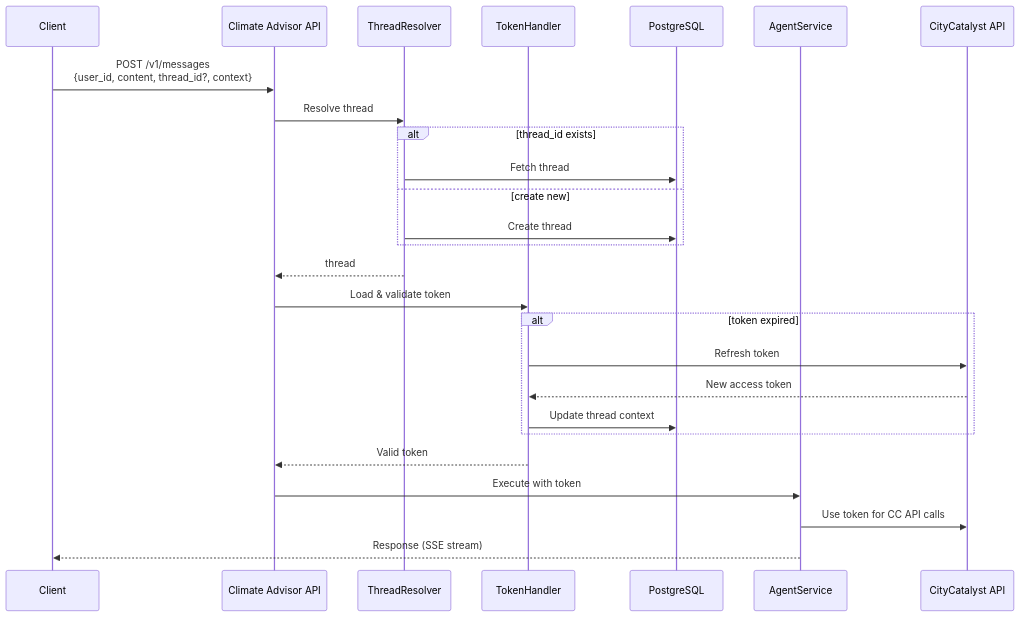
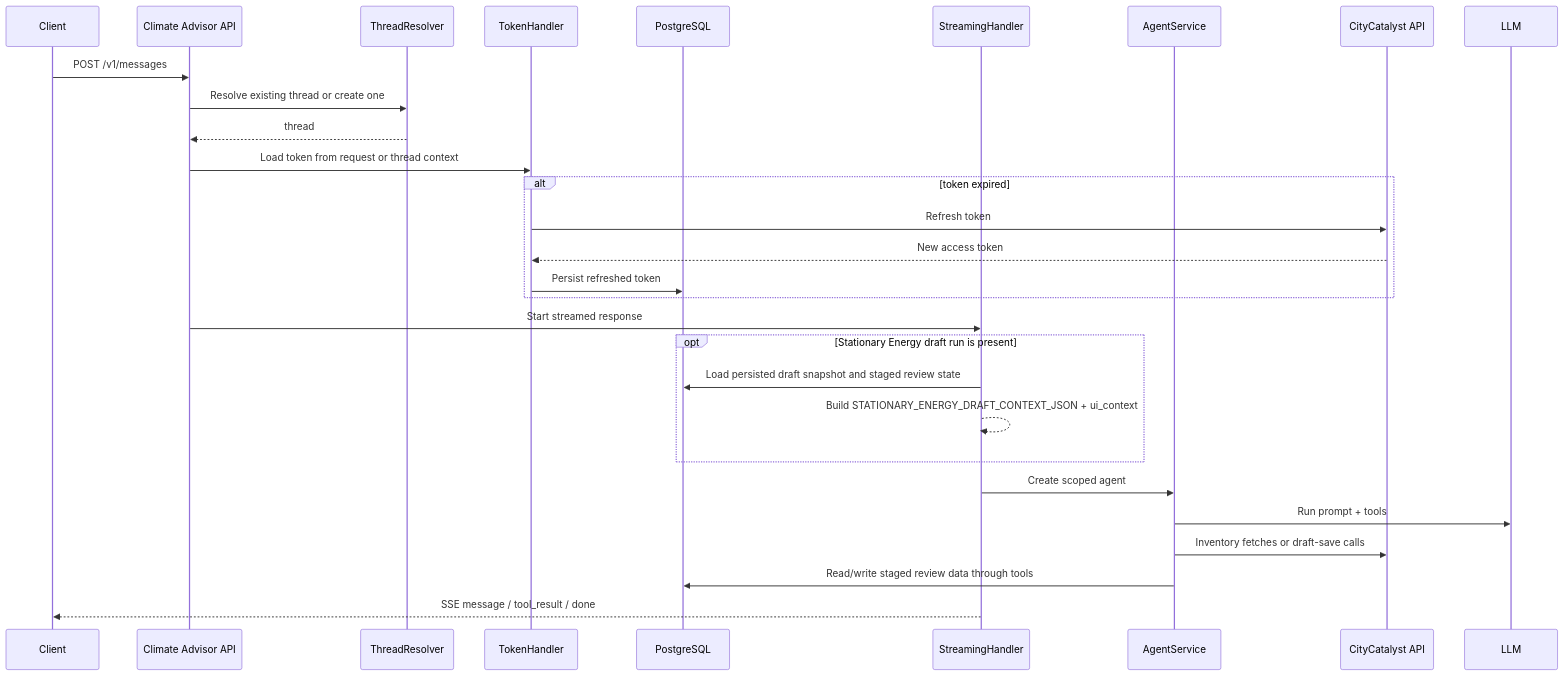
One commit to Open-Earth-Foundation/CityCatalyst changed the second of 3 diagrams in climate-advisor/docs/architecture.md. Above: the diagram before and after it, drawn with Mermaid. The commit also changed other lines of this file and 32 other files, not shown here.

Commit message:
Make stationary energy drafts deterministic

````diff
--- a/climate-advisor/docs/architecture.md
+++ b/climate-advisor/docs/architecture.md
@@ -44,32 +51,34 @@
 ```mermaid
 sequenceDiagram
     participant Client
     participant API as Climate Advisor API
     participant Thread as ThreadResolver
     participant Token as TokenHandler
     participant DB as PostgreSQL
+    participant Stream as StreamingHandler
     participant Agent as AgentService
     participant CC as CityCatalyst API
 
-    Client->>API: POST /v1/messages<br/>{user_id, content, thread_id?, context}
-
-    API->>Thread: Resolve thread
-    alt thread_id exists
-        Thread->>DB: Fetch thread
-    else create new
-        Thread->>DB: Create thread
-    end
+    Client->>API: POST /v1/messages
+    API->>Thread: Resolve existing thread or create one
     Thread-->>API: thread
 
-    API->>Token: Load & validate token
+    API->>Token: Load token from request or thread context
     alt token expired
         Token->>CC: Refresh token
         CC-->>Token: New access token
-        Token->>DB: Update thread context
+        Token->>DB: Persist refreshed token
     end
-    Token-->>API: Valid token
 
-    API->>Agent: Execute with token
-    Agent->>CC: Use token for CC API calls
-    Agent-->>Client: Response (SSE stream)
+    API->>Stream: Start streamed response
+    opt Stationary Energy draft run is present
+        Stream->>DB: Load persisted draft snapshot and staged review state
+        Stream-->>Stream: Build STATIONARY_ENERGY_DRAFT_CONTEXT_JSON + ui_context
+    end
+
+    Stream->>Agent: Create scoped agent
+    Agent->>LLM: Run prompt + tools
+    Agent->>CC: Inventory fetches or draft-save calls
+    Agent->>DB: Read/write staged review data through tools
+    Stream-->>Client: SSE message / tool_result / done
 ```
````
